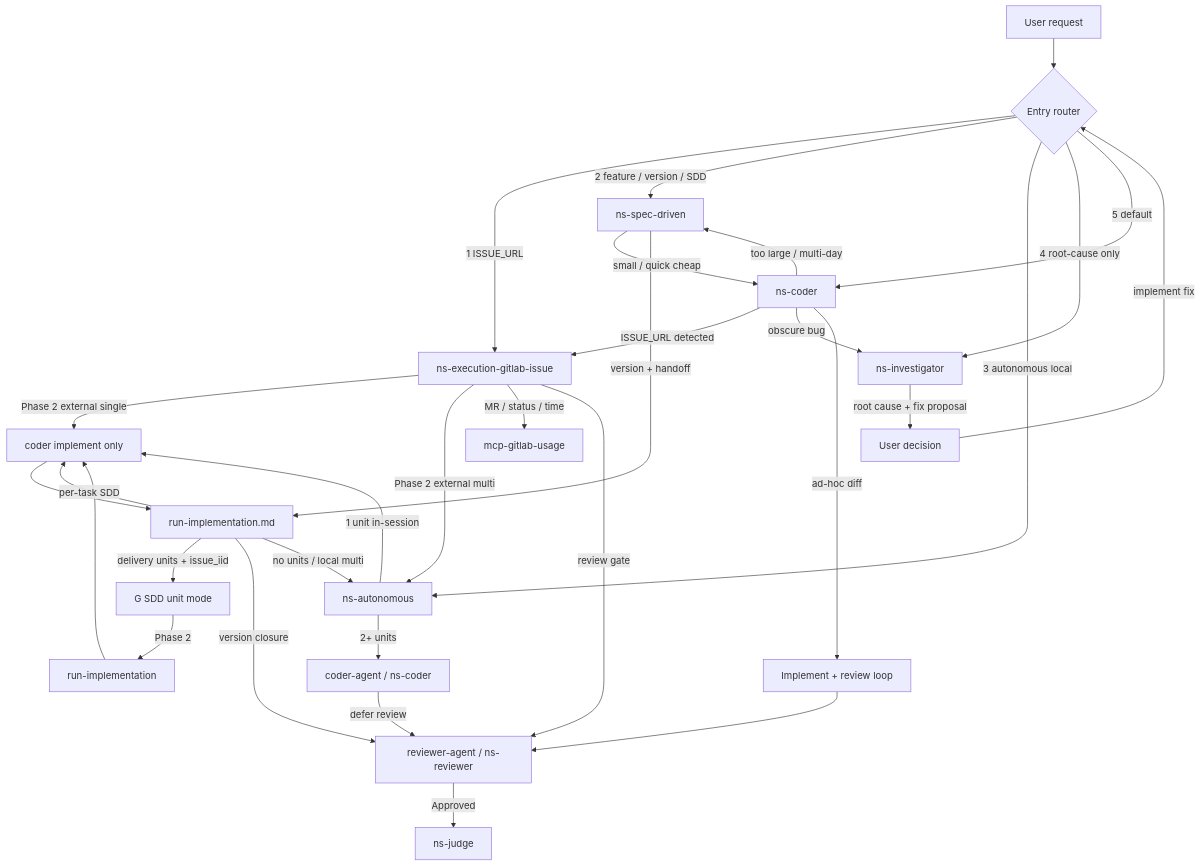
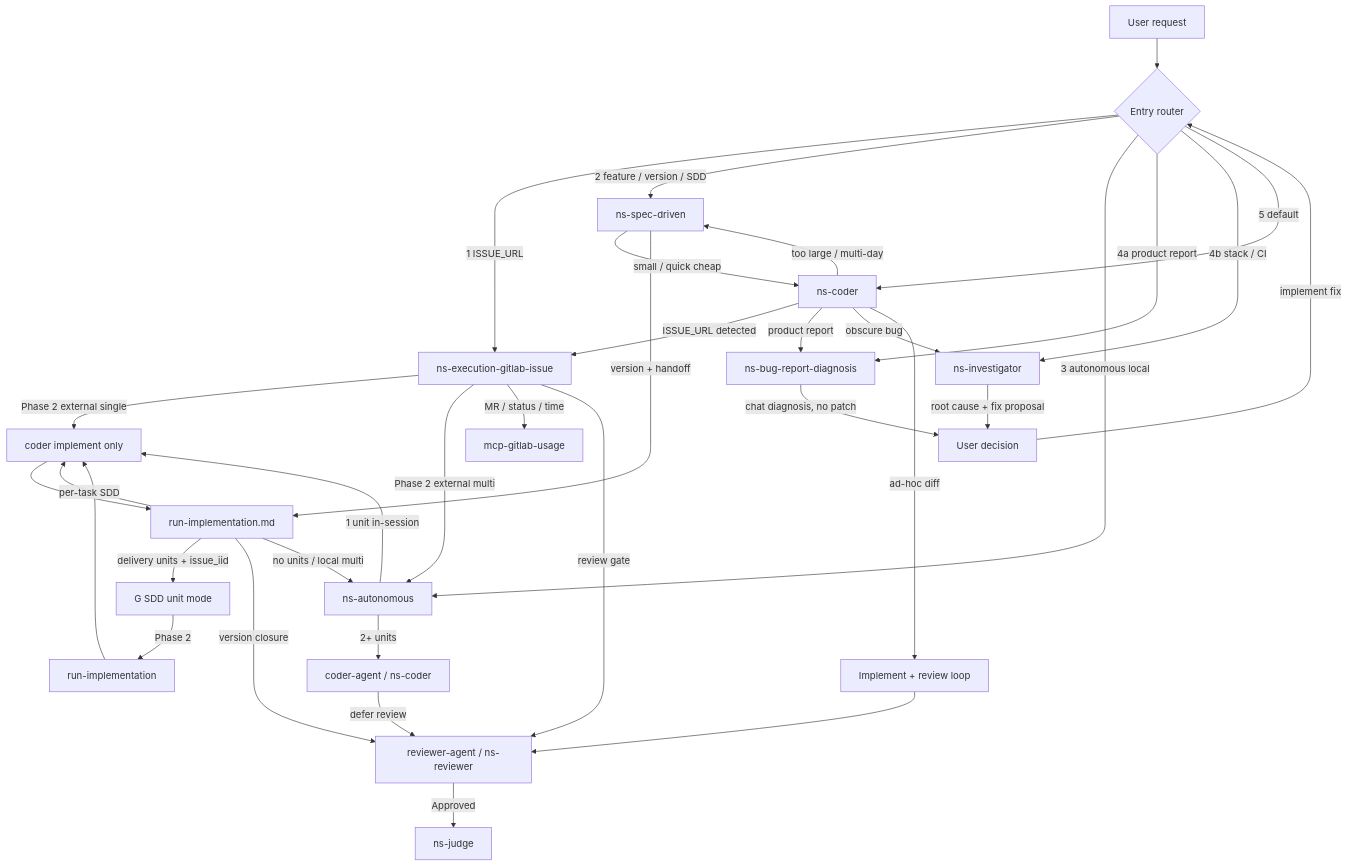
Before and after one commit to nextstage-brasil/skills: the diagram in docs/coder-skill-routing.md, drawn with Mermaid. The commit also changed other lines of this file and 25 other files, not shown here.

First line of the commit message:
feat: add ns-bug-report-diagnosis for non-technical product reports

````diff
--- a/docs/coder-skill-routing.md
+++ b/docs/coder-skill-routing.md
@@ -272,39 +343,42 @@
 ```mermaid
 flowchart TD
   U[User request] --> R{Entry router}
 
   R -->|"1 ISSUE_URL"| G[ns-execution-gitlab-issue]
   R -->|"2 feature / version / SDD"| S[ns-spec-driven]
   R -->|"3 autonomous local"| A[ns-autonomous]
-  R -->|"4 root-cause only"| I[ns-investigator]
+  R -->|"4a product report"| BRD[ns-bug-report-diagnosis]
+  R -->|"4b stack / CI"| I[ns-investigator]
   R -->|"5 default"| C[ns-coder]
 
   C -->|ISSUE_URL detected| G
   C -->|too large / multi-day| S
+  C -->|product report| BRD
   C -->|obscure bug| I
   C -->|ad-hoc diff| IMPL[Implement + review loop]
   IMPL --> REV[reviewer-agent / ns-reviewer]
   REV -->|Approved| JUDGE[ns-judge]
 
   G -->|Phase 2 external single| Cimpl[coder implement only]
   G -->|Phase 2 external multi| A
   G -->|MR / status / time| GL[mcp-gitlab-usage]
   G -->|review gate| REV
 
   A -->|1 unit in-session| Cimpl
   A -->|2+ units| C2[coder-agent / ns-coder]
   C2 -->|defer review| REV
 
   S -->|small / quick cheap| C
   S -->|version + handoff| H[run-implementation.md]
   H -->|per-task SDD| Cimpl
   Cimpl --> H
   H -->|delivery units + issue_iid| Gunit[G SDD unit mode]
   Gunit -->|Phase 2| RI[run-implementation]
   RI --> Cimpl
   H -->|version closure| REV
   H -->|no units / local multi| A
 
   I -->|root cause + fix proposal| U2[User decision]
+  BRD -->|chat diagnosis, no patch| U2
   U2 -->|implement fix| R
 ```
````
